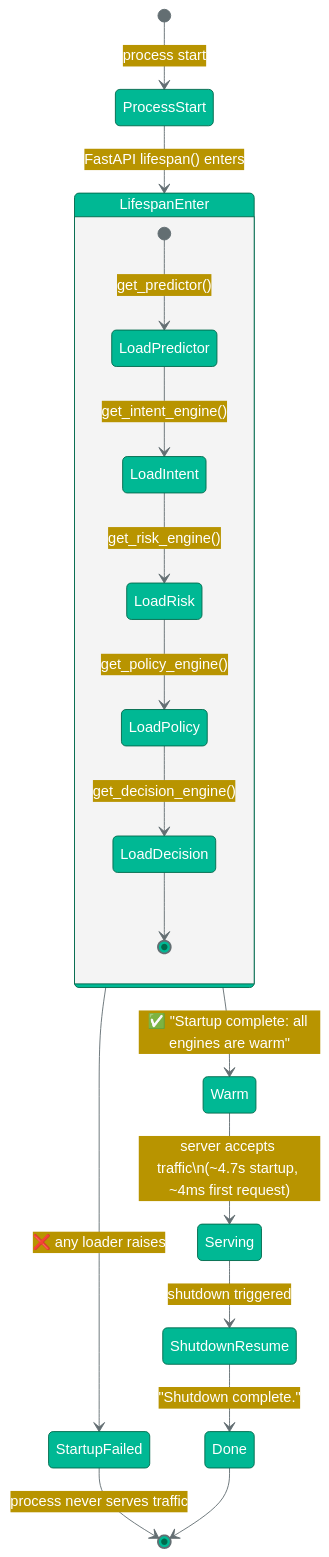
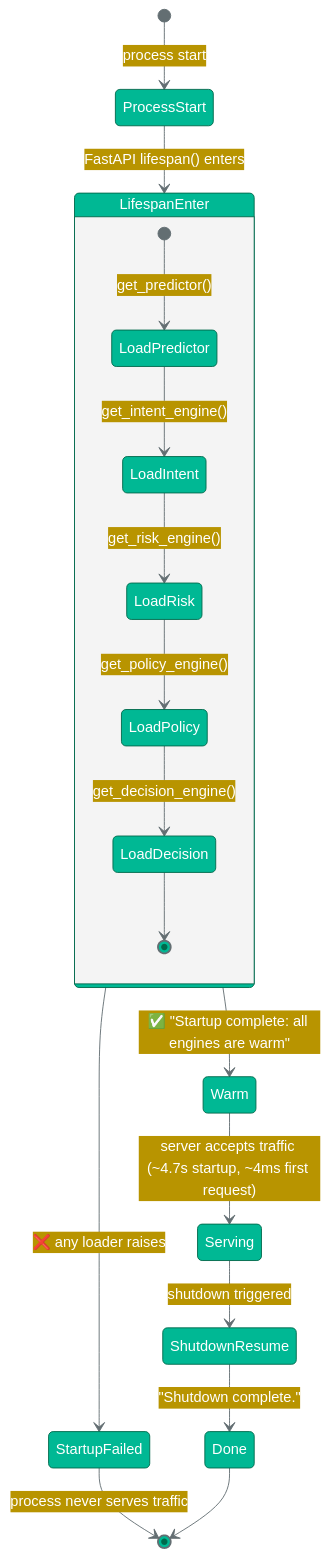
One commit to couder-04/NeuralAuth changed the fourth of 15 diagrams in README.md. Above: the diagram before and after it, drawn with Mermaid. The commit also changed other lines of this file, not shown here.

````diff
--- a/README.md
+++ b/README.md
@@ -239,24 +239,24 @@
 ```mermaid
 %%{init: {'theme':'base', 'themeVariables': {'primaryColor':'#00b894','primaryTextColor':'#fff','primaryBorderColor':'#00694c','lineColor':'#636e72'}}}%%
 stateDiagram-v2
     [*] --> ProcessStart: process start
     ProcessStart --> LifespanEnter: FastAPI lifespan() enters
 
     state LifespanEnter {
         [*] --> LoadPredictor: get_predictor()
         LoadPredictor --> LoadIntent: get_intent_engine()
         LoadIntent --> LoadRisk: get_risk_engine()
         LoadRisk --> LoadPolicy: get_policy_engine()
         LoadPolicy --> LoadDecision: get_decision_engine()
         LoadDecision --> [*]
     }
 
     LifespanEnter --> StartupFailed: ❌ any loader raises
     StartupFailed --> [*]: process never serves traffic
 
     LifespanEnter --> Warm: ✅ "Startup complete: all engines are warm"
-    Warm --> Serving: server accepts traffic\n(~4.7s startup, ~4ms first request)
+    Warm --> Serving: server accepts traffic (~4.7s startup, ~4ms first request)
     Serving --> ShutdownResume: shutdown triggered
     ShutdownResume --> Done: "Shutdown complete."
     Done --> [*]
 ```
````
